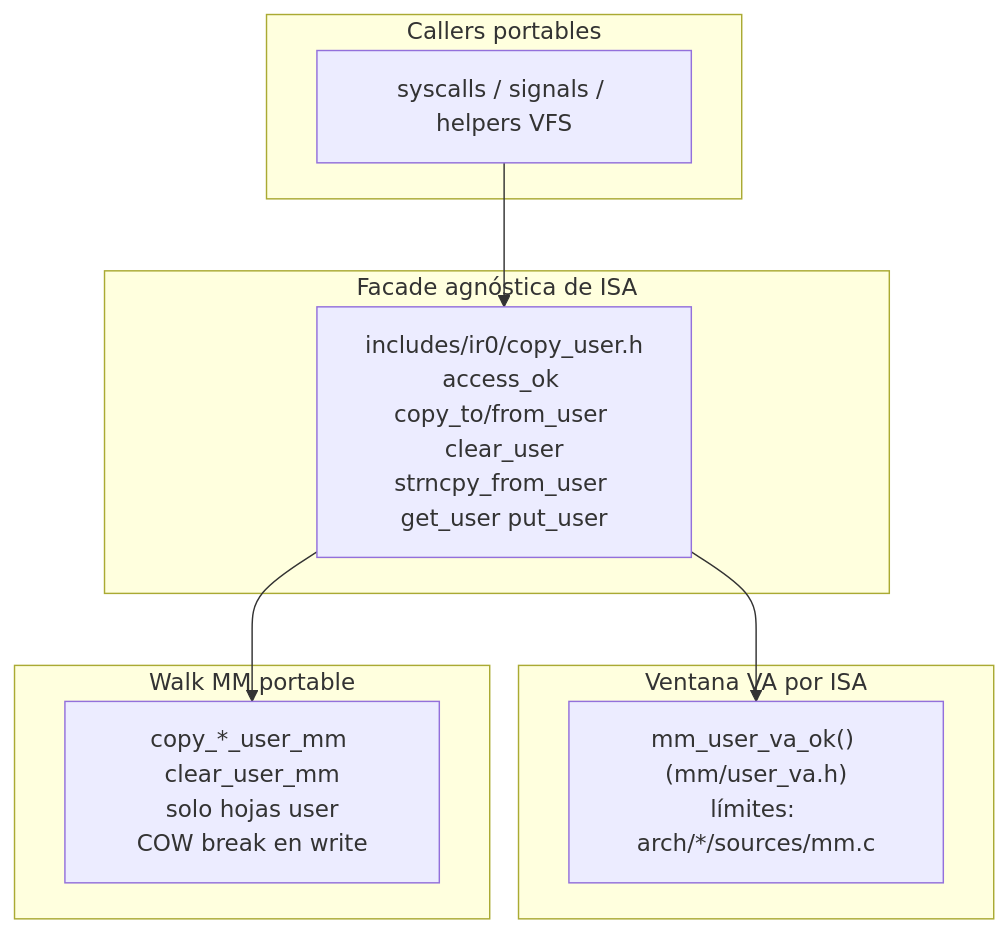
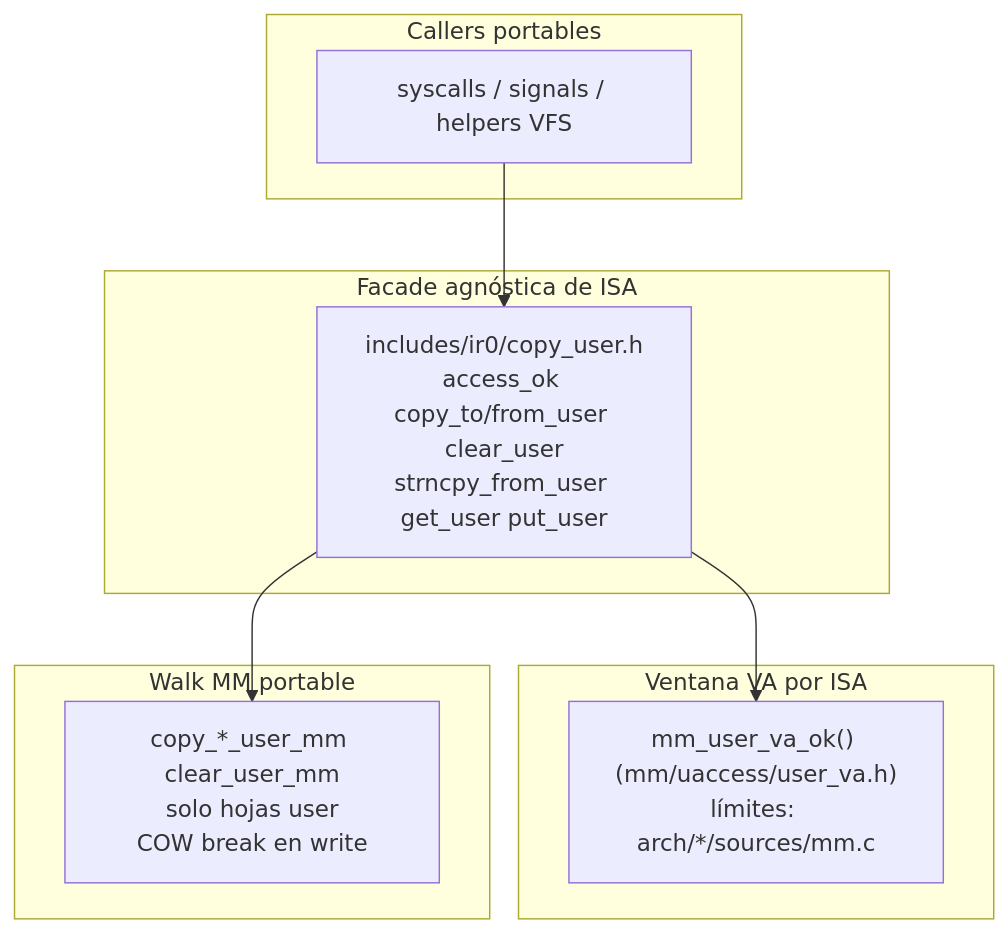
The diagram in Documentation/esp/uaccess.md (IRodriguez13/IR0), drawn with Mermaid before and after one commit. The commit also changed other lines of this file and 18 other files, not shown here.

````diff
--- a/Documentation/esp/uaccess.md
+++ b/Documentation/esp/uaccess.md
@@ -35,17 +35,17 @@
 ```mermaid
 flowchart TB
   subgraph callers [Callers portables]
     Sys[syscalls / signals / helpers VFS]
   end
   subgraph facade [Facade agnóstica de ISA]
     CU["includes/ir0/copy_user.h<br/>access_ok copy_to/from_user clear_user<br/>strncpy_from_user get_user put_user"]
   end
   subgraph isa [Ventana VA por ISA]
-    VA["mm_user_va_ok() (mm/user_va.h)<br/>límites: arch/*/sources/mm.c"]
+    VA["mm_user_va_ok() (mm/uaccess/user_va.h)<br/>límites: arch/*/sources/mm.c"]
   end
   subgraph mm [Walk MM portable]
     REG["copy_*_user_mm clear_user_mm<br/>solo hojas user<br/>COW break en write"]
   end
   Sys --> CU --> VA
   CU --> REG
 ```
````
